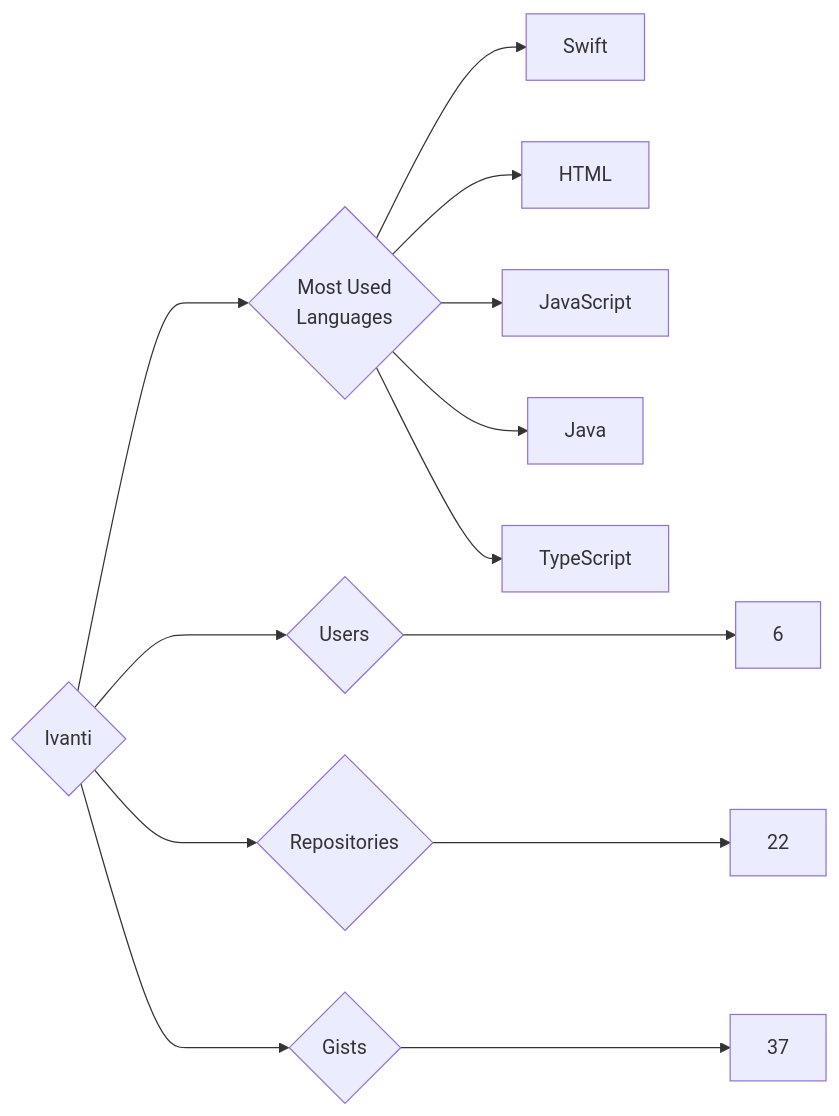
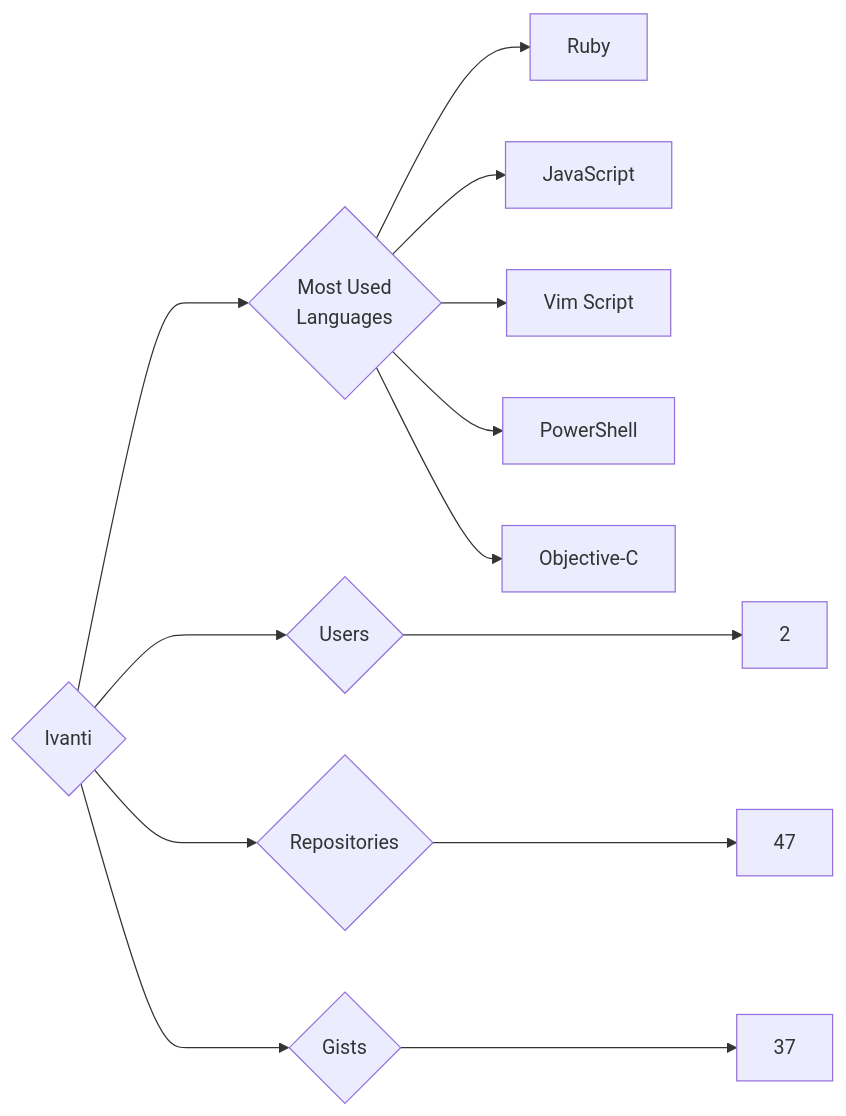
Before and after one commit to trickest/insiders: the diagram in targets/Ivanti/README.md, drawn with Mermaid. The commit also changed 998 other files, not shown here.

````diff
--- a/targets/Ivanti/README.md
+++ b/targets/Ivanti/README.md
@@ -3,13 +3,13 @@
 ```mermaid
 graph LR
 COMPANY_NAME{Ivanti}
-COMPANY_NAME ---> U{Users} ---> UN[6]
-COMPANY_NAME ---> R{Repositories} ---> RN[22]
+COMPANY_NAME ---> U{Users} ---> UN[2]
+COMPANY_NAME ---> R{Repositories} ---> RN[47]
 COMPANY_NAME ---> G{Gists} ---> GN[37]
 COMPANY_NAME ---> ML{Most Used<br>Languages}
-ML --> Swift[Swift]
-ML --> HTML[HTML]
+ML --> Ruby[Ruby]
 ML --> JavaScript[JavaScript]
-ML --> Java[Java]
-ML --> TypeScript[TypeScript]
+ML --> Vim_Script[Vim Script]
+ML --> PowerShell[PowerShell]
+ML --> Objective-C[Objective-C]
 ```
````
